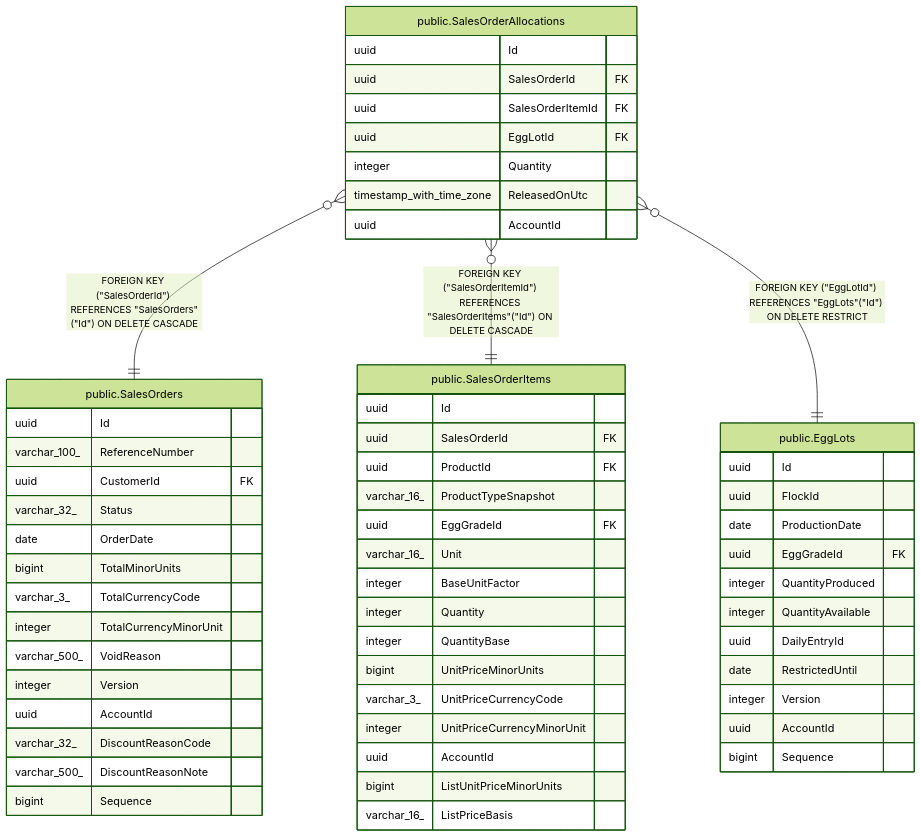
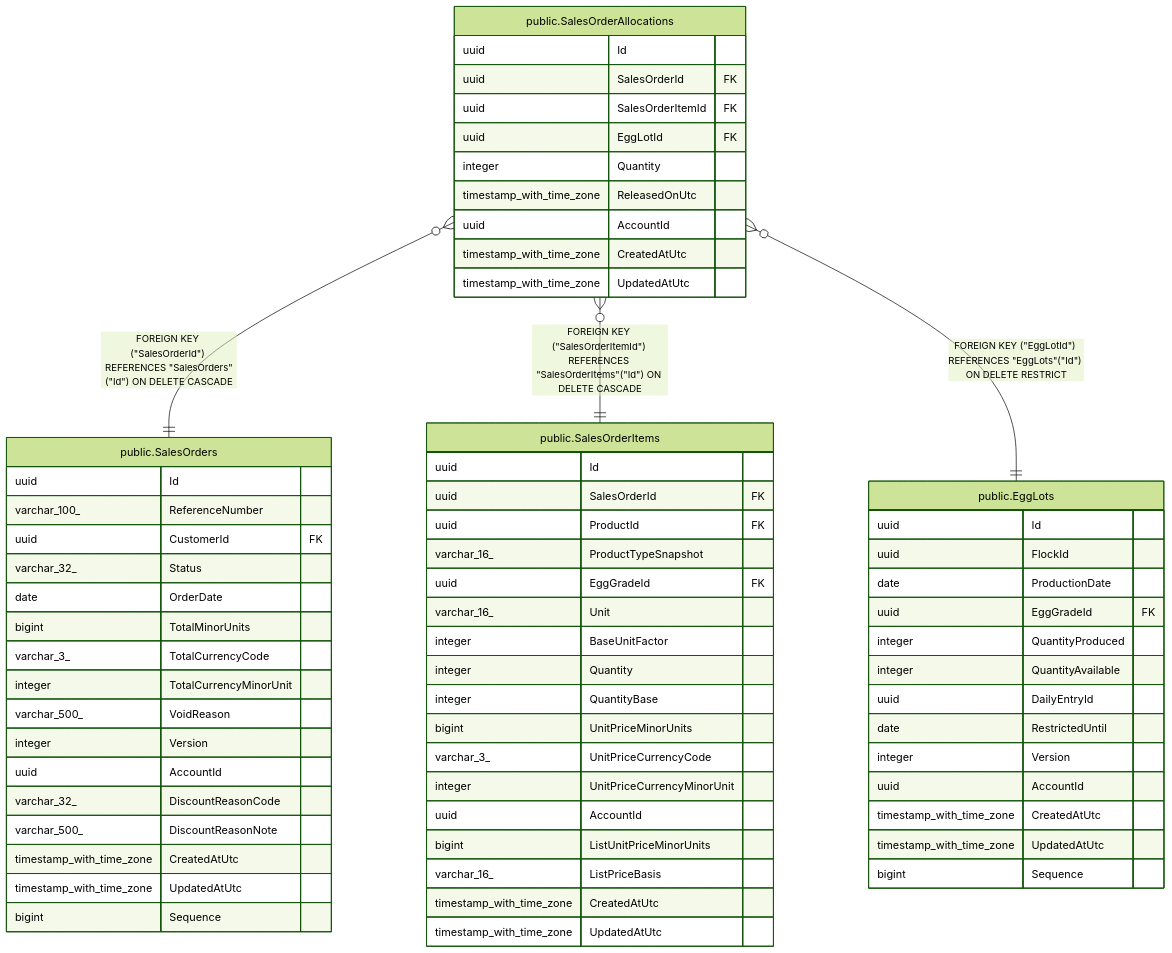
Before and after one commit to mforce/cluckwork: the diagram in docs/schema/public.SalesOrderAllocations.md, drawn with Mermaid (forest theme). The commit also changed other lines of this file and 110 other files, not shown here.

````diff
--- a/docs/schema/public.SalesOrderAllocations.md
+++ b/docs/schema/public.SalesOrderAllocations.md
@@ -47,63 +57,71 @@
 ```mermaid
 erDiagram
 
 "public.SalesOrderAllocations" }o--|| "public.SalesOrders" : "FOREIGN KEY (#quot;SalesOrderId#quot;) REFERENCES #quot;SalesOrders#quot;(#quot;Id#quot;) ON DELETE CASCADE"
 "public.SalesOrderAllocations" }o--|| "public.SalesOrderItems" : "FOREIGN KEY (#quot;SalesOrderItemId#quot;) REFERENCES #quot;SalesOrderItems#quot;(#quot;Id#quot;) ON DELETE CASCADE"
 "public.SalesOrderAllocations" }o--|| "public.EggLots" : "FOREIGN KEY (#quot;EggLotId#quot;) REFERENCES #quot;EggLots#quot;(#quot;Id#quot;) ON DELETE RESTRICT"
 
 "public.SalesOrderAllocations" {
   uuid Id
   uuid SalesOrderId FK
   uuid SalesOrderItemId FK
   uuid EggLotId FK
   integer Quantity
   timestamp_with_time_zone ReleasedOnUtc
   uuid AccountId
+  timestamp_with_time_zone CreatedAtUtc
+  timestamp_with_time_zone UpdatedAtUtc
 }
 "public.SalesOrders" {
   uuid Id
   varchar_100_ ReferenceNumber
   uuid CustomerId FK
   varchar_32_ Status
   date OrderDate
   bigint TotalMinorUnits
   varchar_3_ TotalCurrencyCode
   integer TotalCurrencyMinorUnit
   varchar_500_ VoidReason
   integer Version
   uuid AccountId
   varchar_32_ DiscountReasonCode
   varchar_500_ DiscountReasonNote
+  timestamp_with_time_zone CreatedAtUtc
+  timestamp_with_time_zone UpdatedAtUtc
   bigint Sequence
 }
 "public.SalesOrderItems" {
   uuid Id
   uuid SalesOrderId FK
   uuid ProductId FK
   varchar_16_ ProductTypeSnapshot
   uuid EggGradeId FK
   varchar_16_ Unit
   integer BaseUnitFactor
   integer Quantity
   integer QuantityBase
   bigint UnitPriceMinorUnits
   varchar_3_ UnitPriceCurrencyCode
   integer UnitPriceCurrencyMinorUnit
   uuid AccountId
   bigint ListUnitPriceMinorUnits
   varchar_16_ ListPriceBasis
+  timestamp_with_time_zone CreatedAtUtc
+  timestamp_with_time_zone UpdatedAtUtc
 }
 "public.EggLots" {
   uuid Id
   uuid FlockId
   date ProductionDate
   uuid EggGradeId FK
   integer QuantityProduced
   integer QuantityAvailable
   uuid DailyEntryId
   date RestrictedUntil
   integer Version
   uuid AccountId
+  timestamp_with_time_zone CreatedAtUtc
+  timestamp_with_time_zone UpdatedAtUtc
   bigint Sequence
 }
 ```
````
